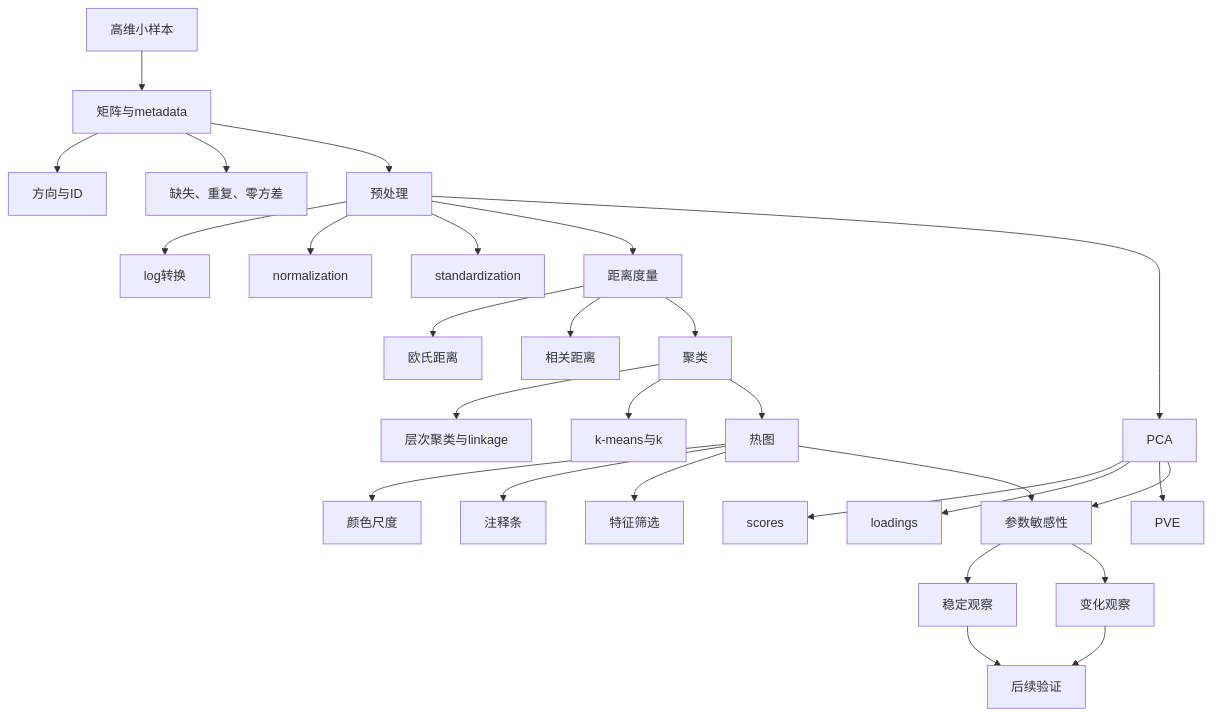
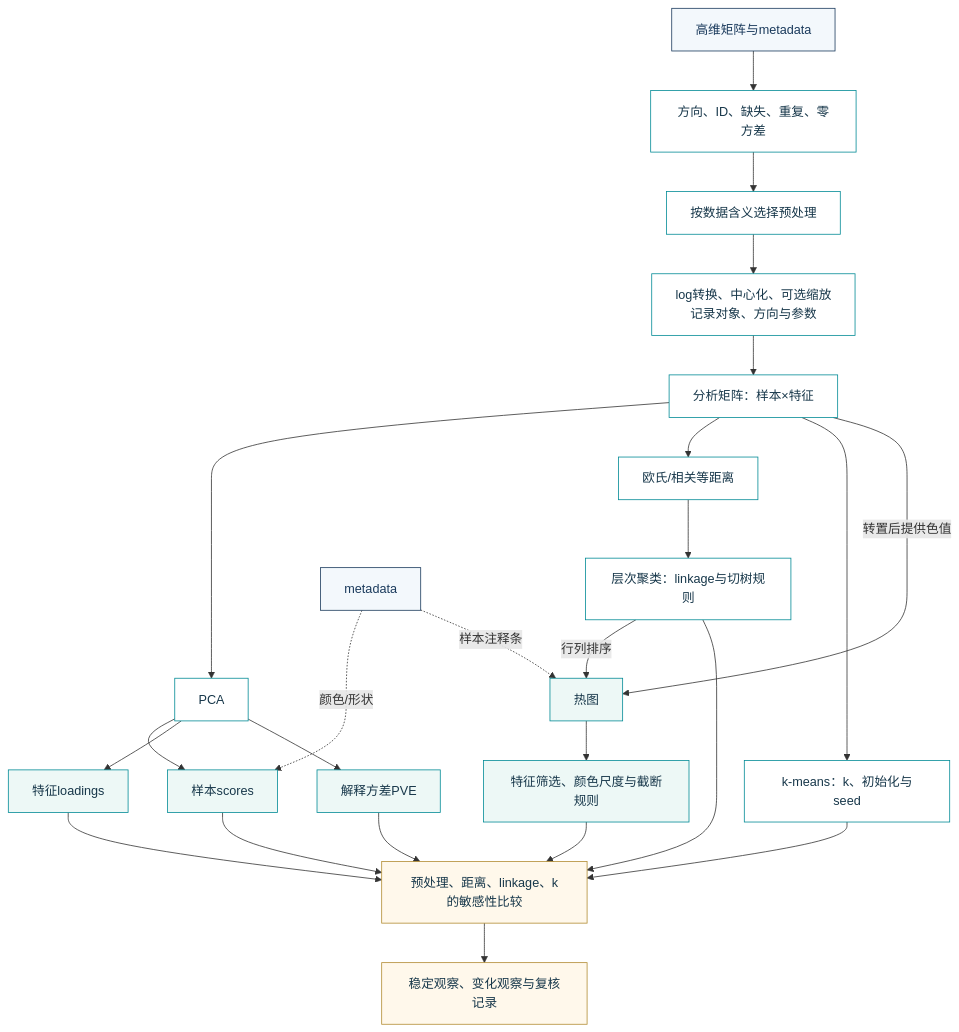
One commit to luvega/AI_MED_DataVis changed the second of 2 diagrams in docs/chapters/chapter-11/index.md. Above: the diagram before and after it, drawn with Mermaid. The commit also changed other lines of this file and 30 other files, not shown here.

Commit message:
Redraw textbook diagrams and correct data-flow relationships

````diff
--- a/docs/chapters/chapter-11/index.md
+++ b/docs/chapters/chapter-11/index.md
@@ -709,30 +731,35 @@
 ```mermaid
-flowchart TD
-  A["高维小样本"] --> B["矩阵与metadata"]
-  B --> B1["方向与ID"]
-  B --> B2["缺失、重复、零方差"]
-  B --> C["预处理"]
-  C --> C1["log转换"]
-  C --> C2["normalization"]
-  C --> C3["standardization"]
-  C --> D["距离度量"]
-  D --> D1["欧氏距离"]
-  D --> D2["相关距离"]
-  C --> E["PCA"]
-  E --> E1["scores"]
-  E --> E2["loadings"]
-  E --> E3["PVE"]
-  D --> F["聚类"]
-  F --> F1["层次聚类与linkage"]
-  F --> F2["k-means与k"]
-  F --> G["热图"]
-  G --> G1["颜色尺度"]
-  G --> G2["注释条"]
-  G --> G3["特征筛选"]
-  E --> H["参数敏感性"]
-  G --> H
-  H --> I["稳定观察"]
-  H --> J["变化观察"]
-  I --> K["后续验证"]
-  J --> K
+flowchart TB
+  A["高维矩阵与metadata"] --> B["方向、ID、缺失、重复、零方差"]
+  B --> C["按数据含义选择预处理"]
+  C --> C1["log转换、中心化、可选缩放<br/>记录对象、方向与参数"]
+  C1 --> X["分析矩阵：样本×特征"]
+  X --> P["PCA"]
+  P --> PS["样本scores"]
+  P --> PL["特征loadings"]
+  P --> PV["解释方差PVE"]
+  X --> D["欧氏/相关等距离"]
+  D --> L["层次聚类：linkage与切树规则"]
+  X --> K["k-means：k、初始化与seed"]
+  X -->|转置后提供色值| H["热图"]
+  L -->|行列排序| H
+  M["metadata"] -. "颜色/形状" .-> PS
+  M -. "样本注释条" .-> H
+  H --> H1["特征筛选、颜色尺度与截断规则"]
+  PS --> R["预处理、距离、linkage、k的敏感性比较"]
+  PL --> R
+  PV --> R
+  L --> R
+  K --> R
+  H1 --> R
+  R --> E["稳定观察、变化观察与复核记录"]
+  class A,M input;
+  class B,C,C1,X,P,D,L,K process;
+  class PS,PL,PV,H,H1 result;
+  class R,E review;
+
+  classDef input fill:#F3F8FC,stroke:#1A3A5C,color:#1A3A5C;
+  classDef process fill:#FFFFFF,stroke:#008A95,color:#17374A;
+  classDef result fill:#EDF8F6,stroke:#008A95,color:#17374A;
+  classDef review fill:#FFF8EB,stroke:#B18B31,color:#17374A;
 ```
````
